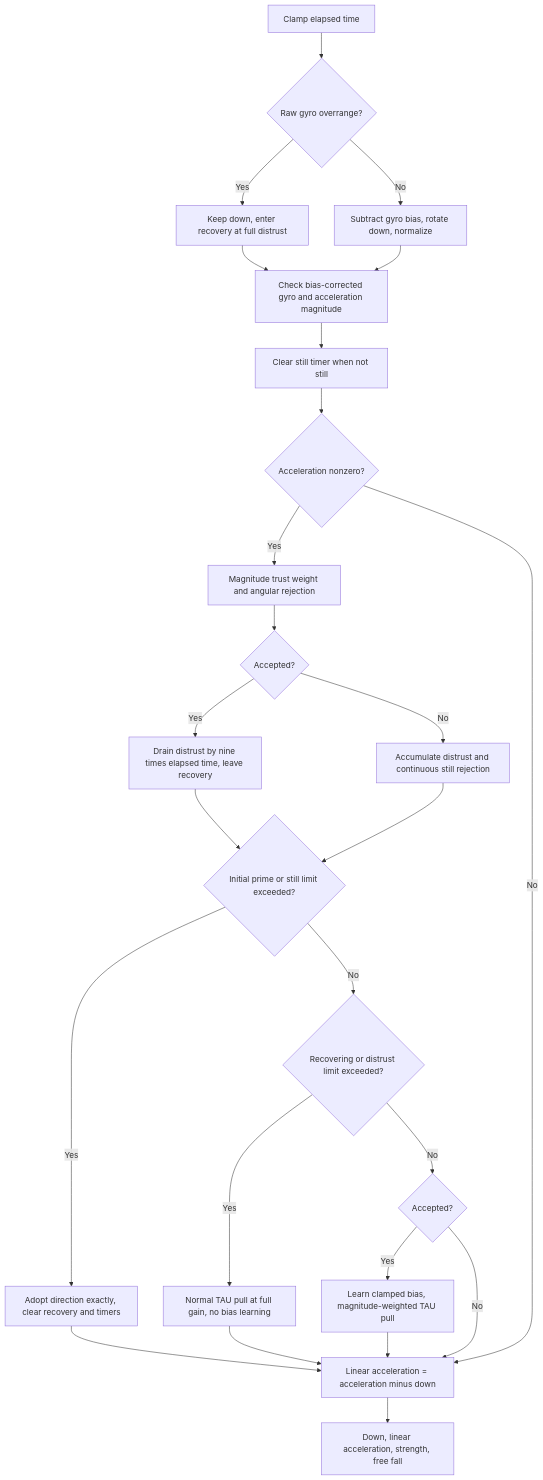
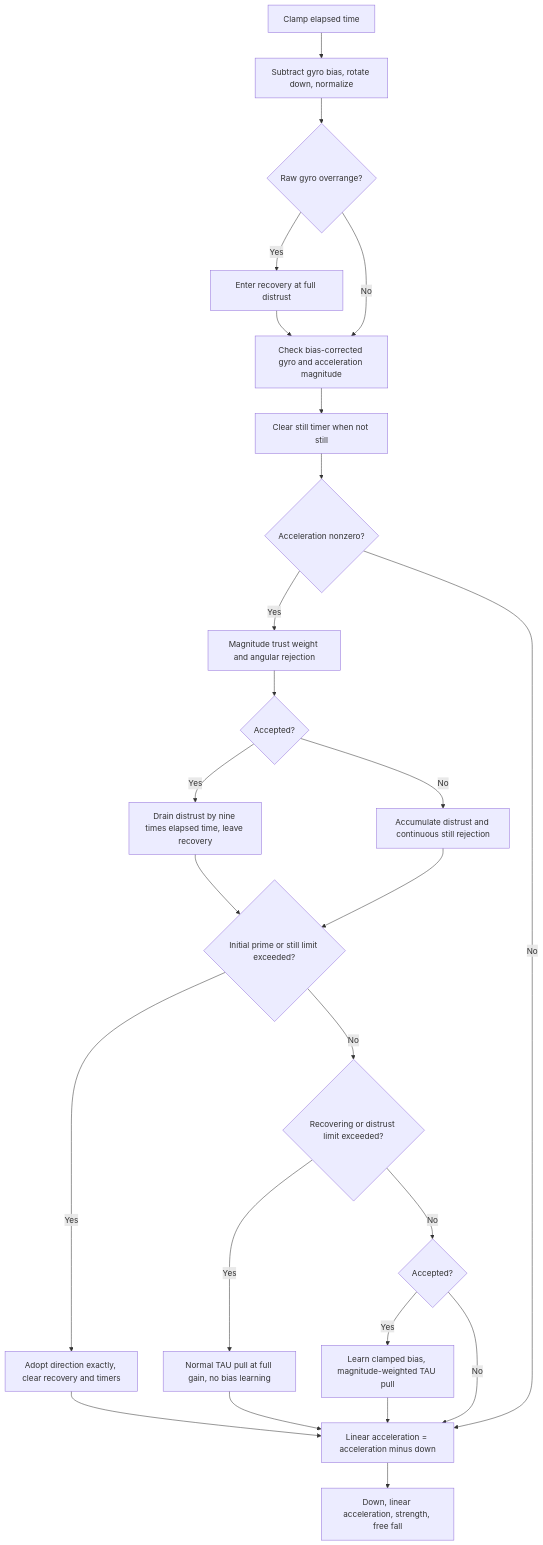
Before and after one commit to jose-villegas/autana: the second of 2 diagrams in docs/notes/Input-and-Sensors.md, drawn with Mermaid. The commit also changed other lines of this file and 2 other files, not shown here.

Commit message:
input: split gravity update and integrate overrange gyro

````diff
--- a/docs/notes/Input-and-Sensors.md
+++ b/docs/notes/Input-and-Sensors.md
@@ -252,27 +252,27 @@
 ```mermaid
 flowchart TD
-    Clamp[Clamp elapsed time] --> Range{Raw gyro overrange?}
-    Range -->|Yes| Restart[Keep down, enter recovery at full distrust]
-    Range -->|No| Rotate[Subtract gyro bias, rotate down, normalize]
-    Restart --> Still
-    Rotate --> Still[Check bias-corrected gyro and acceleration magnitude]
+    Clamp[Clamp elapsed time] --> Rotate[Subtract gyro bias, rotate down, normalize]
+    Rotate --> Range{Raw gyro overrange?}
+    Range -->|Yes| Restart[Enter recovery at full distrust]
+    Range -->|No| Still
+    Restart --> Still[Check bias-corrected gyro and acceleration magnitude]
     Still --> Reset[Clear still timer when not still]
     Reset --> Nonzero{Acceleration nonzero?}
     Nonzero -->|Yes| Trust[Magnitude trust weight and angular rejection]
     Trust --> Accepted{Accepted?}
     Accepted -->|Yes| Drain[Drain distrust by nine times elapsed time, leave recovery]
     Accepted -->|No| Recover[Accumulate distrust and continuous still rejection]
     Drain --> Prime
     Recover --> Prime{Initial prime or still limit exceeded?}
     Prime -->|Yes| Adopt[Adopt direction exactly, clear recovery and timers]
     Prime -->|No| Recovery{Recovering or distrust limit exceeded?}
     Recovery -->|Yes| Full[Normal TAU pull at full gain, no bias learning]
     Recovery -->|No| Normal{Accepted?}
     Normal -->|Yes| Bias[Learn clamped bias, magnitude-weighted TAU pull]
     Normal -->|No| Linear
     Full --> Linear[Linear acceleration = acceleration minus down]
     Bias --> Linear
     Adopt --> Linear
     Nonzero -->|No| Linear
     Linear --> Output[Down, linear acceleration, strength, free fall]
 ```
````
